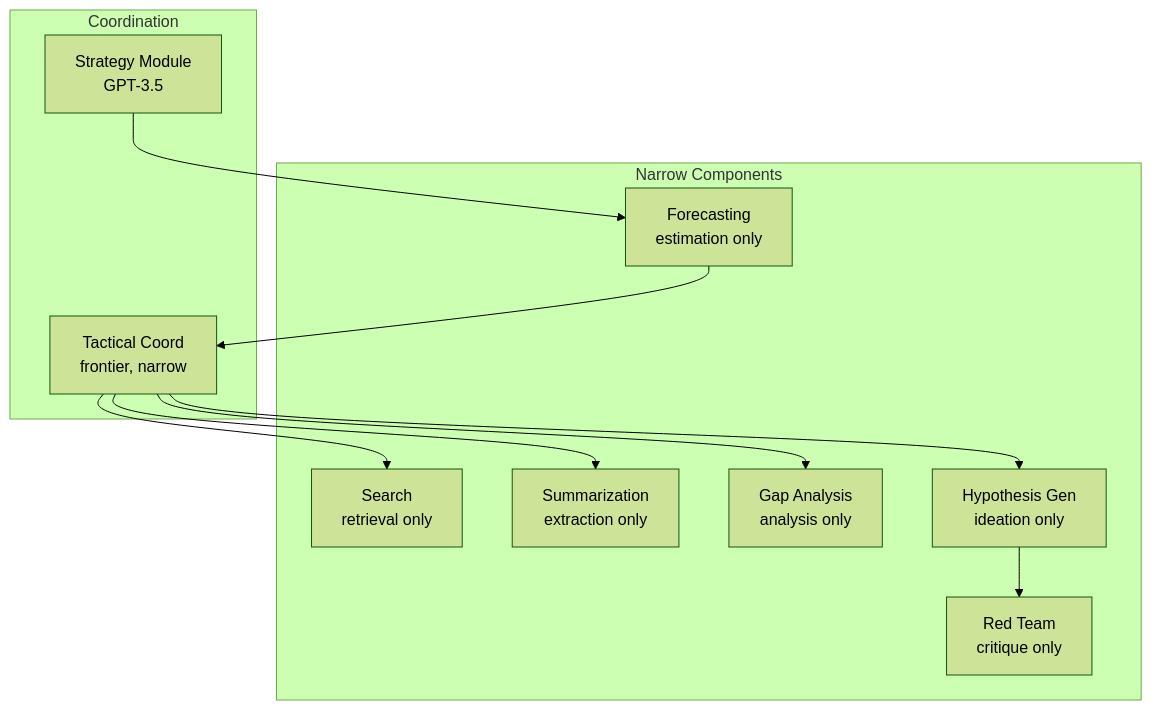
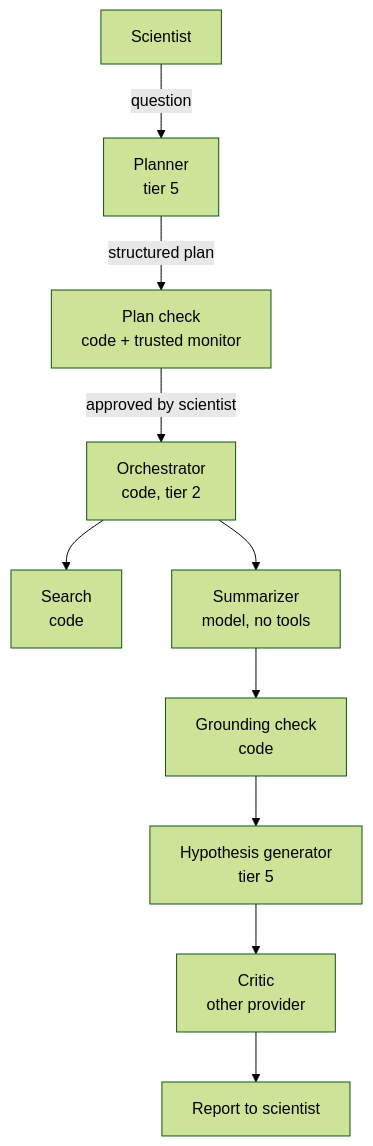
Before and after one commit to quantified-uncertainty/cairn: the diagram in apps/delegation-risk/src/content/docs/design-patterns/examples/research-assistant-example.md, drawn with Mermaid (forest theme). The commit also changed other lines of this file and 253 other files, not shown here.

````diff
--- a/apps/delegation-risk/src/content/docs/design-patterns/examples/research-assistant-example.md
+++ b/apps/delegation-risk/src/content/docs/design-patterns/examples/research-assistant-example.md
@@ -29,22 +20,12 @@
 ```mermaid
 flowchart TB
-    subgraph Narrow["Narrow Components"]
-        Search[Search<br/>retrieval only]
-        Sum[Summarization<br/>extraction only]
-        Gap[Gap Analysis<br/>analysis only]
-        Hyp[Hypothesis Gen<br/>ideation only]
-        For[Forecasting<br/>estimation only]
-        Red[Red Team<br/>critique only]
-    end
-    subgraph Coord["Coordination"]
-        Strat[Strategy Module<br/>GPT-3.5]
-        Tact[Tactical Coord<br/>frontier, narrow]
-    end
-    Strat --> For
-    For --> Tact
-    Tact --> Search
-    Tact --> Sum
-    Tact --> Gap
-    Tact --> Hyp
-    Hyp --> Red
+    H[Scientist] -->|question| PL[Planner<br/>tier 5]
+    PL -->|structured plan| PV[Plan check<br/>code + trusted monitor]
+    PV -->|approved by scientist| O[Orchestrator<br/>code, tier 2]
+    O --> S[Search<br/>code]
+    O --> SU[Summarizer<br/>model, no tools]
+    SU --> G[Grounding check<br/>code]
+    G --> HY[Hypothesis generator<br/>tier 5]
+    HY --> CR[Critic<br/>other provider]
+    CR --> R[Report to scientist]
 ```
````
